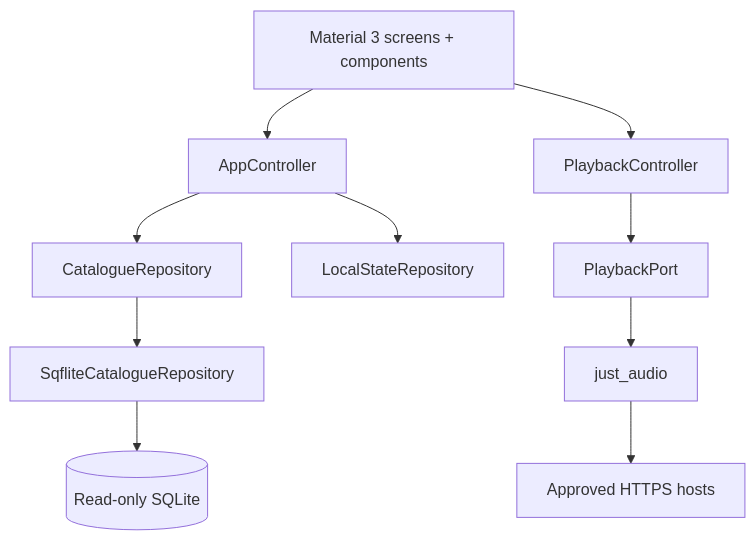
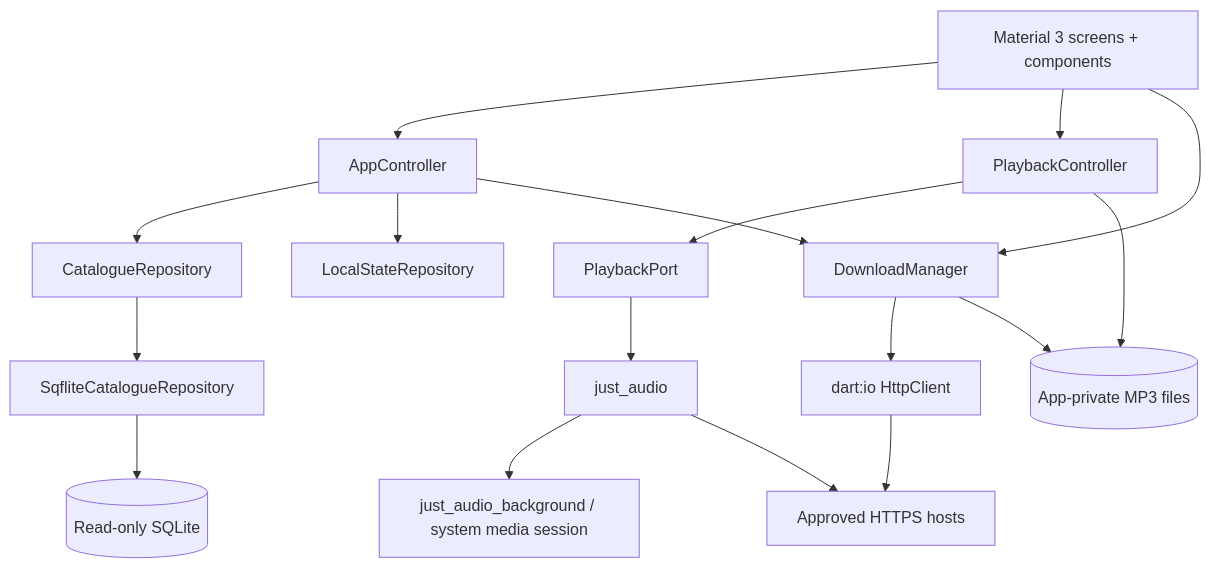
One commit to AungMyoKyaw/dhamma-echo-flutter-mobile changed the diagram in docs/architecture/modules.md. Above: the diagram before and after it, drawn with Mermaid. The commit also changed other lines of this file and 11 other files, not shown here.

````diff
--- a/docs/architecture/modules.md
+++ b/docs/architecture/modules.md
@@ -3,12 +3,19 @@
 ```mermaid
 flowchart TB
     UI[Material 3 screens + components] --> AC[AppController]
     UI --> PC[PlaybackController]
+    UI --> DM[DownloadManager]
     AC --> CR[CatalogueRepository]
     AC --> LS[LocalStateRepository]
+    AC --> DM
     PC --> PP[PlaybackPort]
     CR --> SQ[SqfliteCatalogueRepository]
     SQ --> DB[(Read-only SQLite)]
     PP --> JA[just_audio]
+    JA --> BG[just_audio_background / system media session]
     JA --> NET[Approved HTTPS hosts]
+    DM --> HTTP[dart:io HttpClient]
+    HTTP --> NET
+    DM --> OFF[(App-private MP3 files)]
+    PC --> OFF
 ```
````
